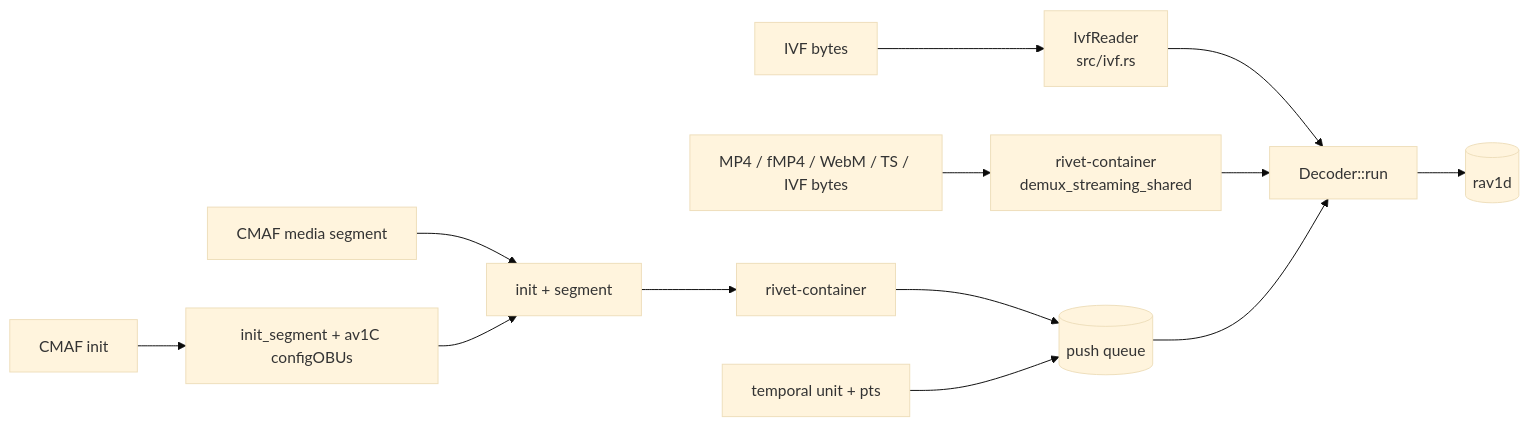
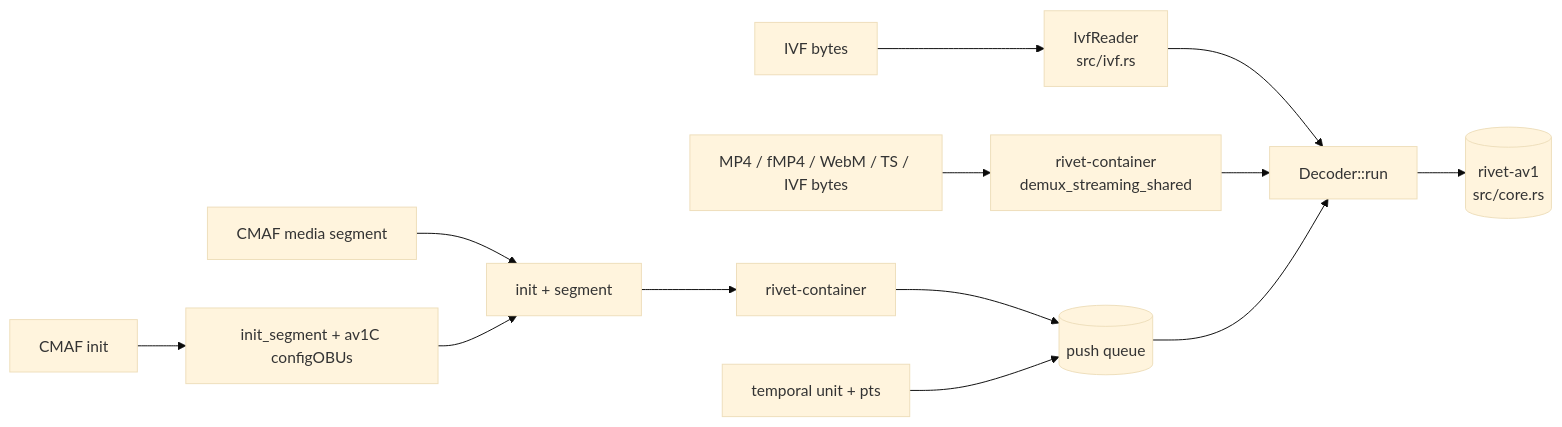
One commit to safewords/wasm-av1 changed the first of 2 diagrams in docs/features/input-sources.md. Above: the diagram before and after it, drawn with Mermaid (base theme). The commit also changed other lines of this file and 16 other files, not shown here.

Commit message:
Docs for rivet-av1 as the only decoder: what it is and what it replaced, that it is slower than rav1d and scales poorly with threads (the measured tables stay as the baseline), its licence in NOTICE, every breaking change in CHANGELOG; docs/rav1d.md and the upstreamed rivet-av1 patches are deleted.

````diff
--- a/docs/features/input-sources.md
+++ b/docs/features/input-sources.md
@@ -16,12 +16,12 @@
 ```mermaid
 flowchart LR
   ivf[IVF bytes] --> ivfr[IvfReader<br/>src/ivf.rs]
   file[MP4 / fMP4 / WebM / TS / IVF bytes] --> rivet[rivet-container<br/>demux_streaming_shared]
   init[CMAF init] --> keep[init_segment + av1C configOBUs]
   seg[CMAF media segment] --> cat[init + segment] --> rivet2[rivet-container] --> q[(push queue)]
   keep --> cat
   tu[temporal unit + pts] --> q
   ivfr --> run[Decoder::run]
   rivet --> run
-  q --> run --> rav1d[(rav1d)]
+  q --> run --> core[(rivet-av1<br/>src/core.rs)]
 ```
````
